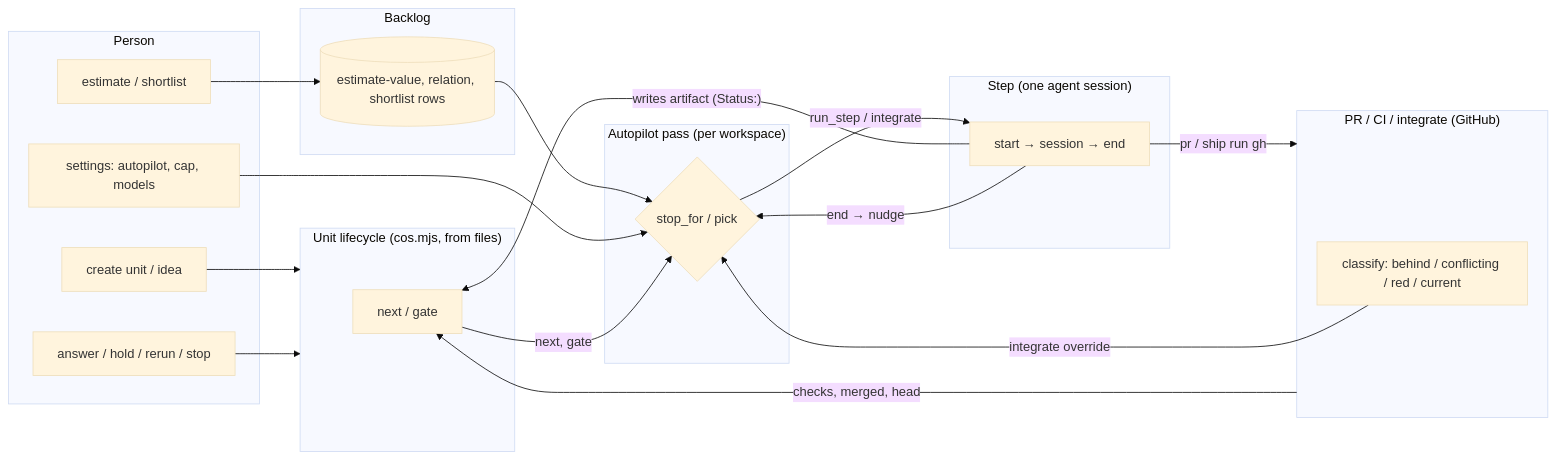
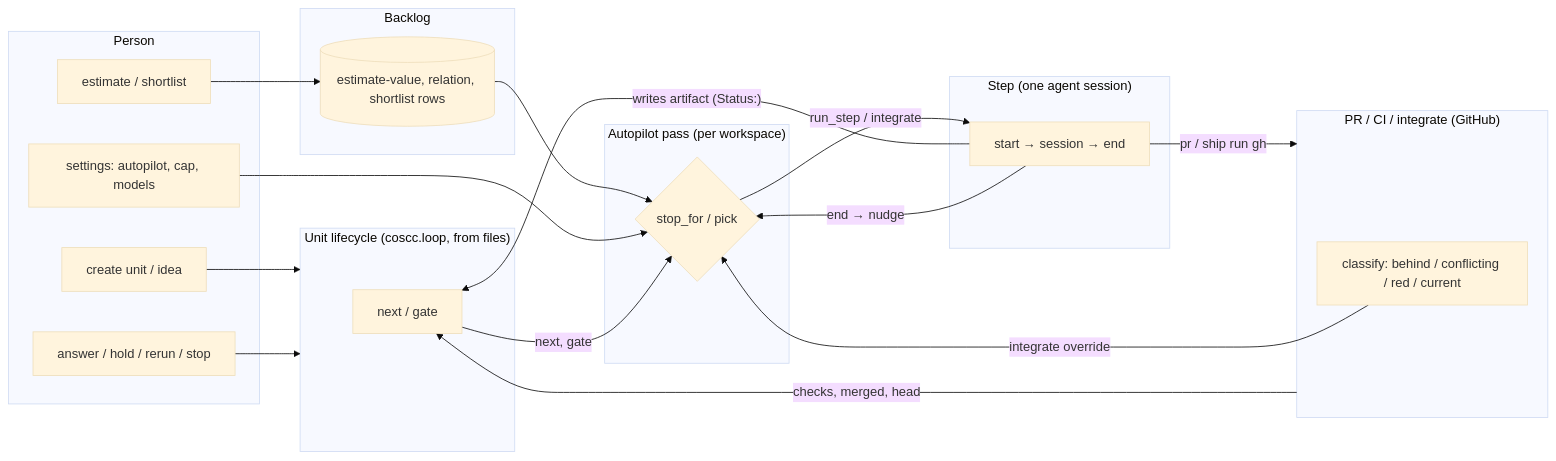
Before and after one commit to baodq97/coscc: the first of 2 diagrams in docs/architecture/fsm.md, drawn with Mermaid (base theme). The commit also changed other lines of this file and 146 other files, not shown here.

````diff
--- a/docs/architecture/fsm.md
+++ b/docs/architecture/fsm.md
@@ -15,35 +17,35 @@
 ```mermaid
 flowchart LR
   subgraph Person
     P1[create unit / idea]
     P2[estimate / shortlist]
     P3[answer / hold / rerun / stop]
     P4[settings: autopilot, cap, models]
   end
   subgraph Backlog
     B1[(estimate-value, relation, shortlist rows)]
   end
   subgraph Autopilot["Autopilot pass (per workspace)"]
     A1{stop_for / pick}
   end
-  subgraph Unit["Unit lifecycle (cos.mjs, from files)"]
+  subgraph Unit["Unit lifecycle (coscc.loop, from files)"]
     U1[next / gate]
   end
   subgraph Step["Step (one agent session)"]
     S1[start → session → end]
   end
   subgraph PR["PR / CI / integrate (GitHub)"]
     G1[classify: behind / conflicting / red / current]
   end
   P1 --> Unit
   P2 --> B1 --> A1
   P3 --> Unit
   P4 --> A1
   A1 -- "run_step / integrate" --> S1
   U1 -- "next, gate" --> A1
   S1 -- "writes artifact (Status:)" --> U1
   S1 -- "pr / ship run gh" --> PR
   PR -- "checks, merged, head" --> U1
   G1 -- "integrate override" --> A1
   S1 -- "end → nudge" --> A1
 ```
````
